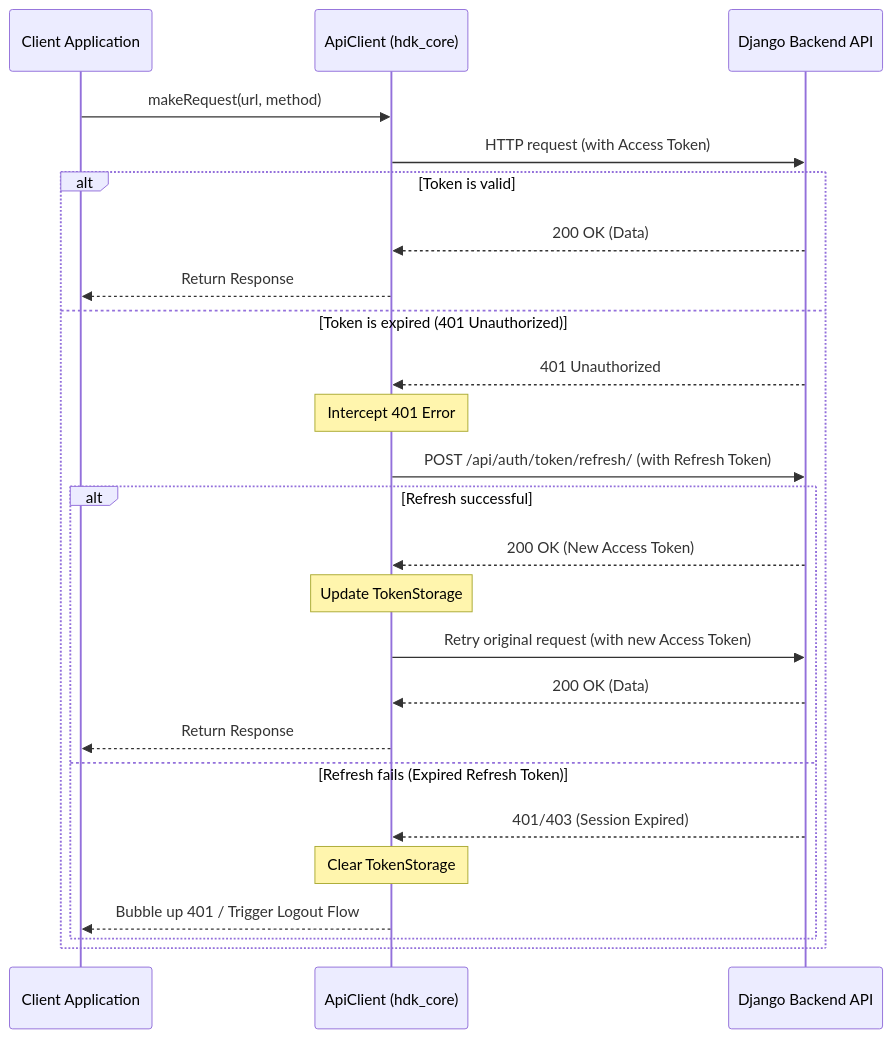
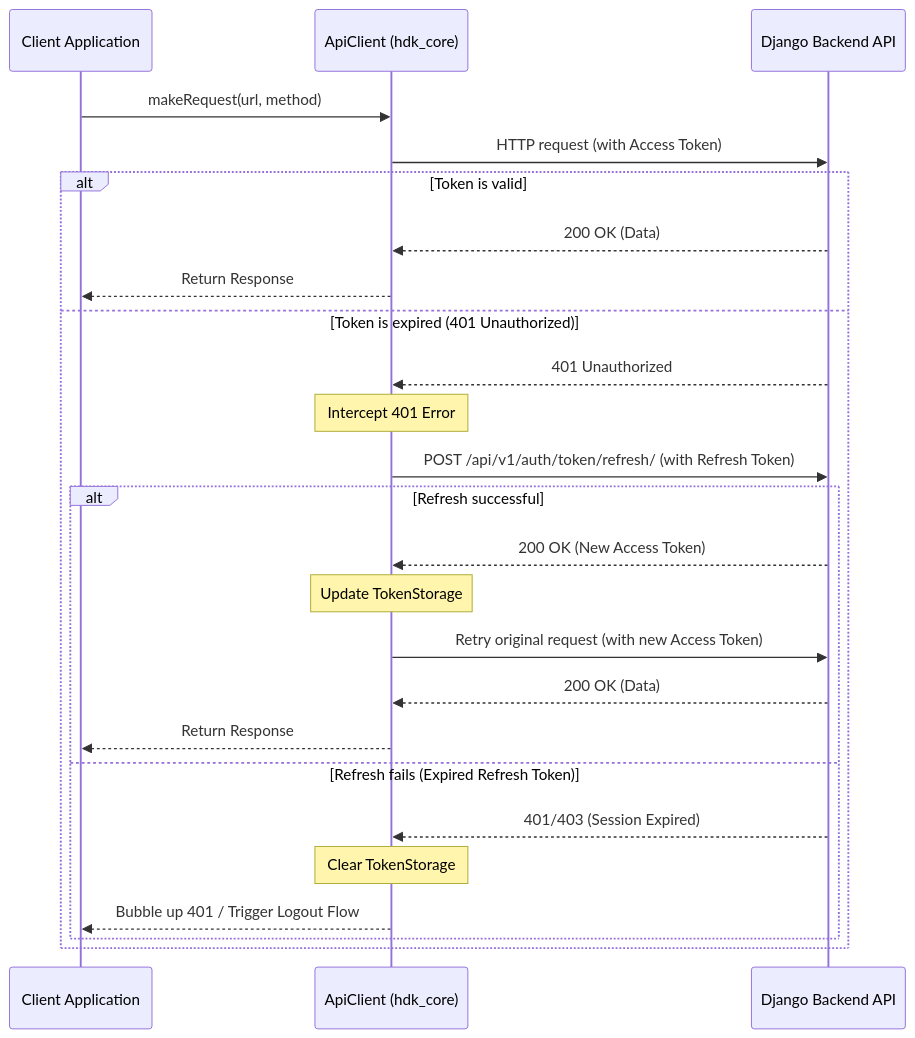
One commit to 24f2002329/hdk-foods-main changed the diagram in docs/api.md. Above: the diagram before and after it, drawn with Mermaid. The commit also changed other lines of this file and 8 other files, not shown here.

````diff
--- a/docs/api.md
+++ b/docs/api.md
@@ -29,30 +29,30 @@
 ```mermaid
 sequenceDiagram
     participant App as Client Application
     participant Client as ApiClient (hdk_core)
     participant Server as Django Backend API
 
     App->>Client: makeRequest(url, method)
     Client->>Server: HTTP request (with Access Token)
     
     alt Token is valid
         Server-->>Client: 200 OK (Data)
         Client-->>App: Return Response
     else Token is expired (401 Unauthorized)
         Server-->>Client: 401 Unauthorized
         Note over Client: Intercept 401 Error
-        Client->>Server: POST /api/auth/token/refresh/ (with Refresh Token)
+        Client->>Server: POST /api/v1/auth/token/refresh/ (with Refresh Token)
         
         alt Refresh successful
             Server-->>Client: 200 OK (New Access Token)
             Note over Client: Update TokenStorage
             Client->>Server: Retry original request (with new Access Token)
             Server-->>Client: 200 OK (Data)
             Client-->>App: Return Response
         else Refresh fails (Expired Refresh Token)
             Server-->>Client: 401/403 (Session Expired)
             Note over Client: Clear TokenStorage
             Client-->>App: Bubble up 401 / Trigger Logout Flow
         end
     end
 ```
````
